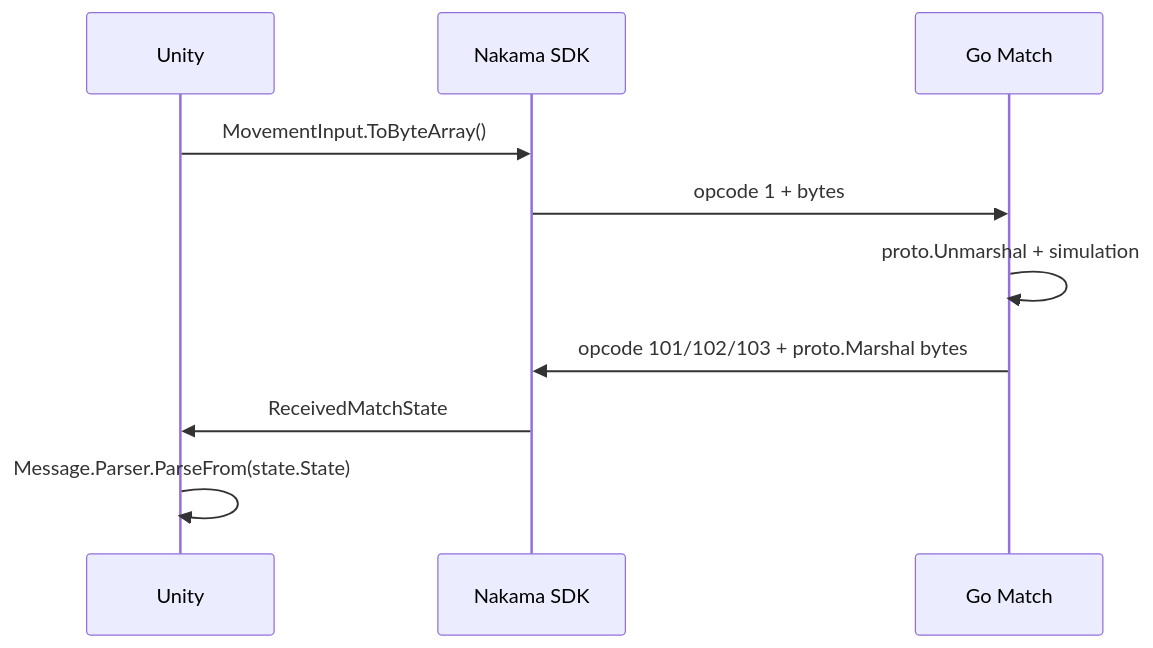
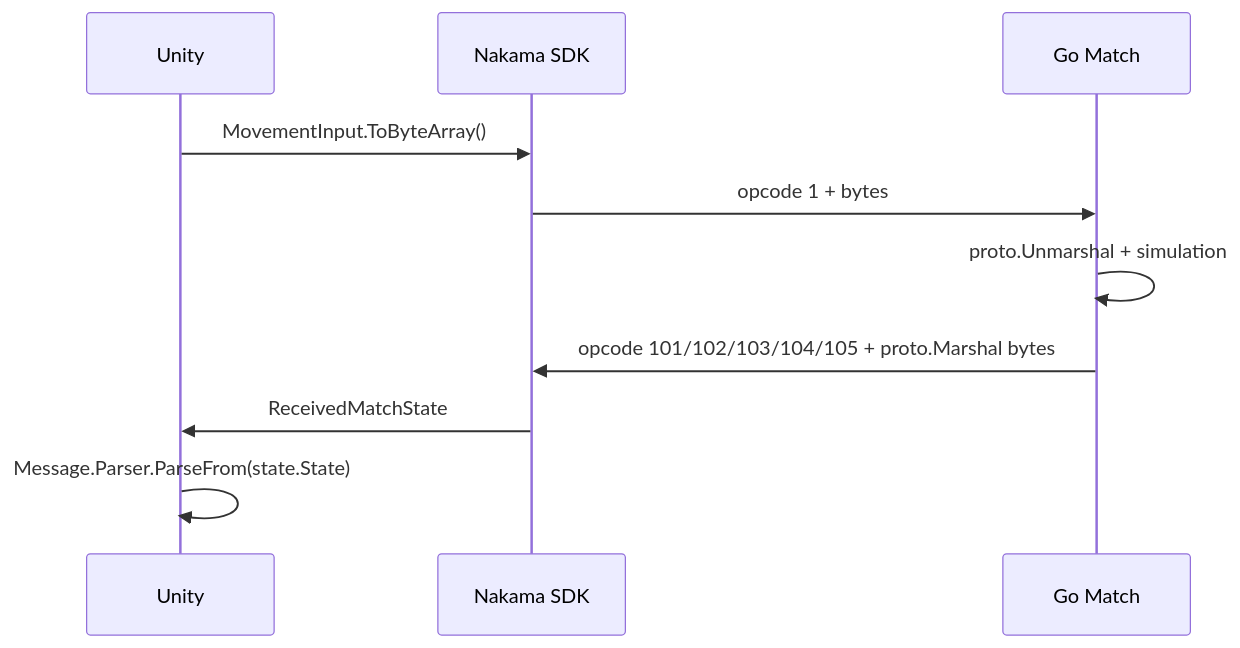
Before and after one commit to Zeal-Games-Studio-Development/squad-survival-server: the diagram in docs/realtime-protocol.md, drawn with Mermaid. The commit also changed other lines of this file and 31 other files, not shown here.

````diff
--- a/docs/realtime-protocol.md
+++ b/docs/realtime-protocol.md
@@ -23,12 +28,12 @@
 ```mermaid
 sequenceDiagram
     participant Unity
     participant NakamaSDK as Nakama SDK
     participant Match as Go Match
     Unity->>NakamaSDK: MovementInput.ToByteArray()
     NakamaSDK->>Match: opcode 1 + bytes
     Match->>Match: proto.Unmarshal + simulation
-    Match->>NakamaSDK: opcode 101/102/103 + proto.Marshal bytes
+    Match->>NakamaSDK: opcode 101/102/103/104/105 + proto.Marshal bytes
     NakamaSDK->>Unity: ReceivedMatchState
     Unity->>Unity: Message.Parser.ParseFrom(state.State)
 ```
````
